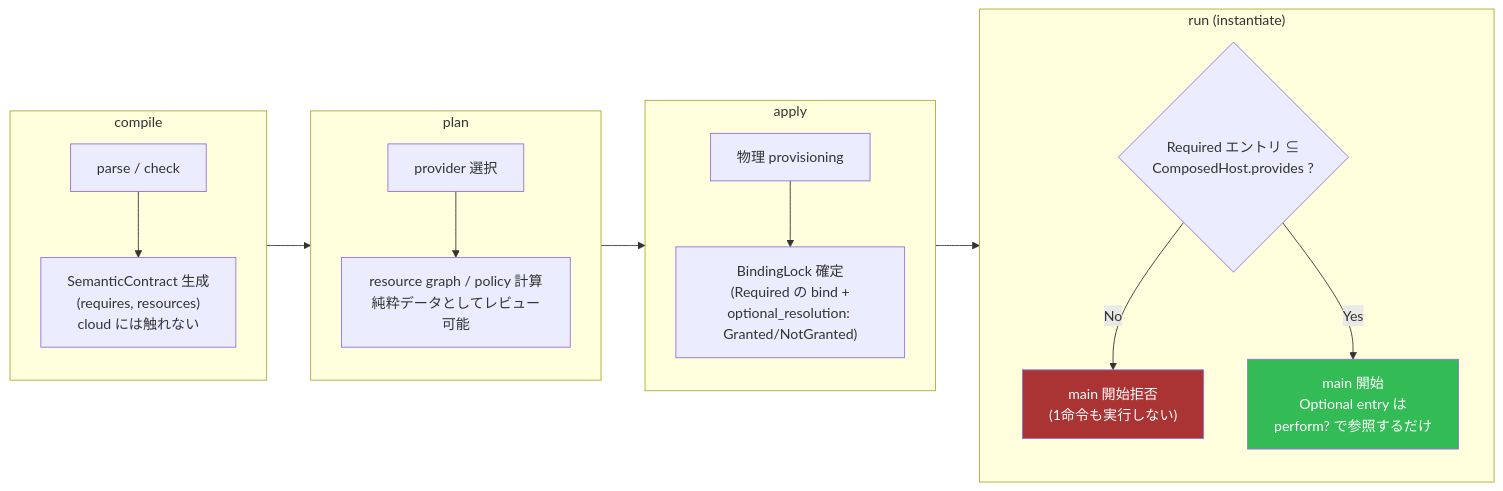
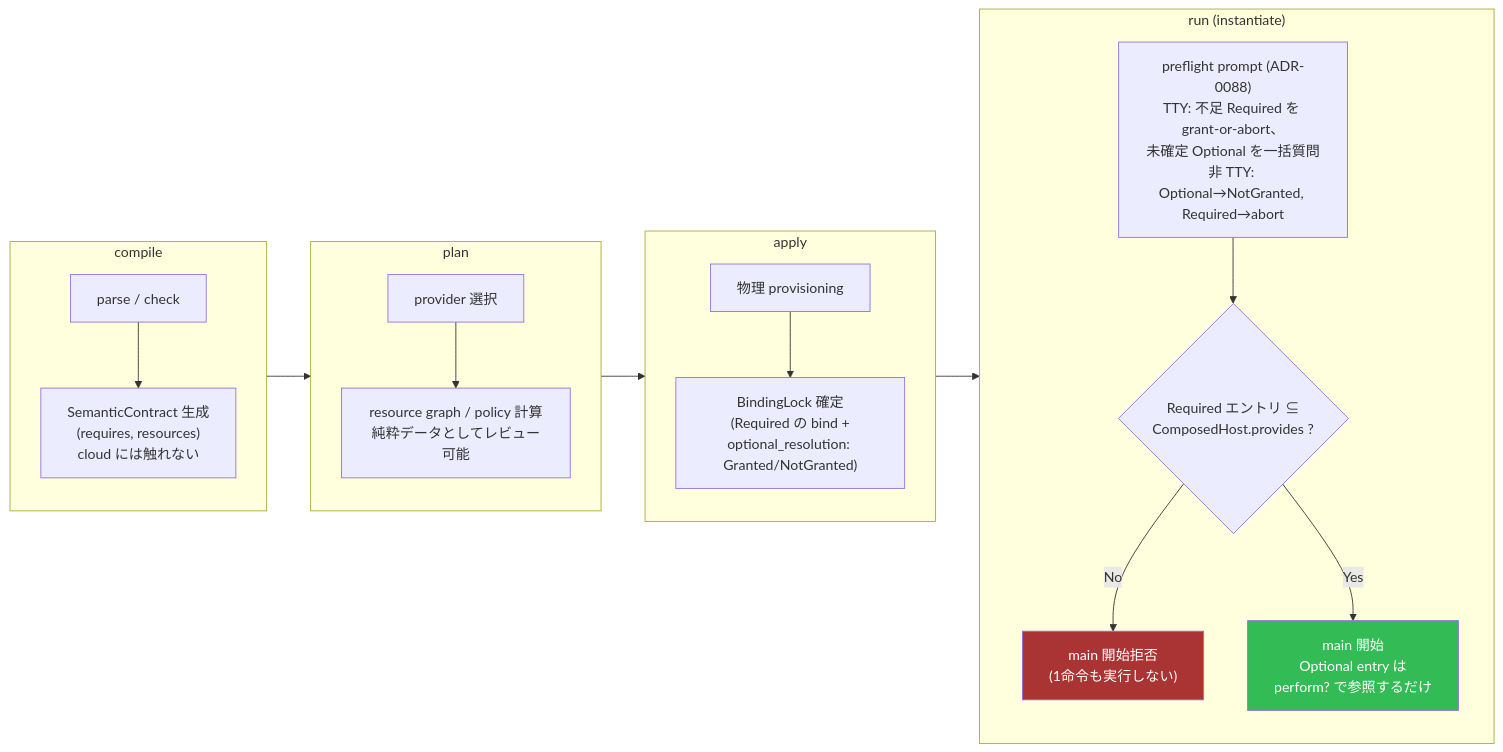
The third of 3 diagrams in docs/effect-taxonomy-review.md (mizchi/vibe-lang), drawn with Mermaid before and after one commit. The commit also changed other lines of this file and 2 other files, not shown here.

First line of the commit message:
ADR-0088: capability authorization surface — allows clause, optional capability, perform?, preflight authorization (#1218)

````diff
--- a/docs/effect-taxonomy-review.md
+++ b/docs/effect-taxonomy-review.md
@@ -406,33 +415,35 @@
 ```mermaid
 flowchart LR
     subgraph Compile["compile"]
         C1["parse / check"]
         C2["SemanticContract 生成\n(requires, resources)\ncloud には触れない"]
         C1 --> C2
     end
 
     subgraph Plan["plan"]
         P1["provider 選択"]
         P2["resource graph / policy 計算\n純粋データとしてレビュー可能"]
         P1 --> P2
     end
 
     subgraph Apply["apply"]
         A1["物理 provisioning"]
         A2["BindingLock 確定\n(Required の bind +\noptional_resolution: Granted/NotGranted)"]
         A1 --> A2
     end
 
     subgraph Run["run (instantiate)"]
+        R0["preflight prompt (ADR-0088)\nTTY: 不足 Required を grant-or-abort、\n未確定 Optional を一括質問\n非 TTY: Optional→NotGranted, Required→abort"]
         R1{"Required エントリ ⊆\nComposedHost.provides ?"}
         R2["main 開始拒否\n(1命令も実行しない)"]
         R3["main 開始\nOptional entry は\nperform? で参照するだけ"]
+        R0 --> R1
         R1 -->|No| R2
         R1 -->|Yes| R3
     end
 
     Compile --> Plan --> Apply --> Run
 
     style R2 fill:#a33,color:#fff
     style R3 fill:#3b5,color:#fff
 ```
````
